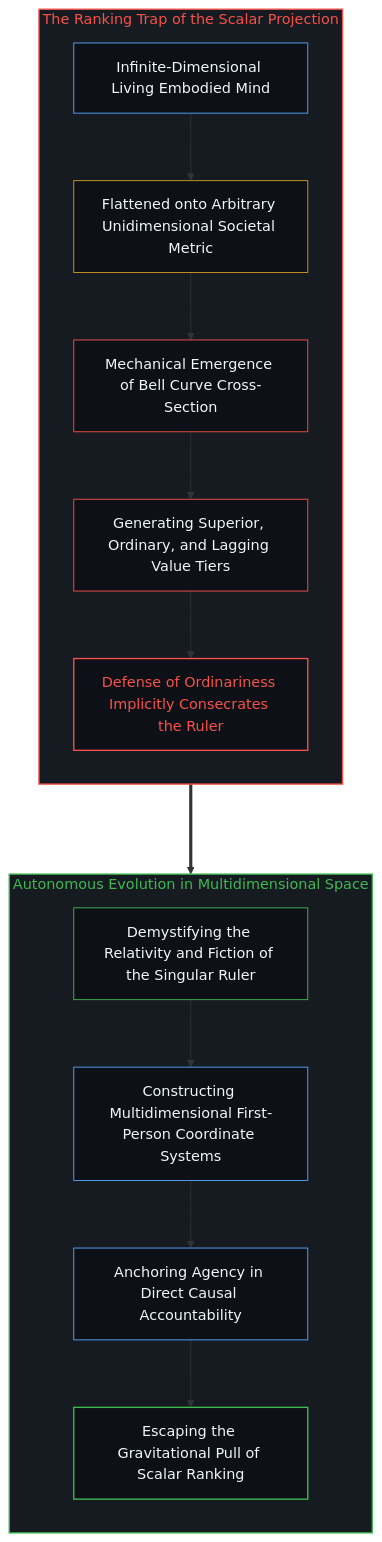
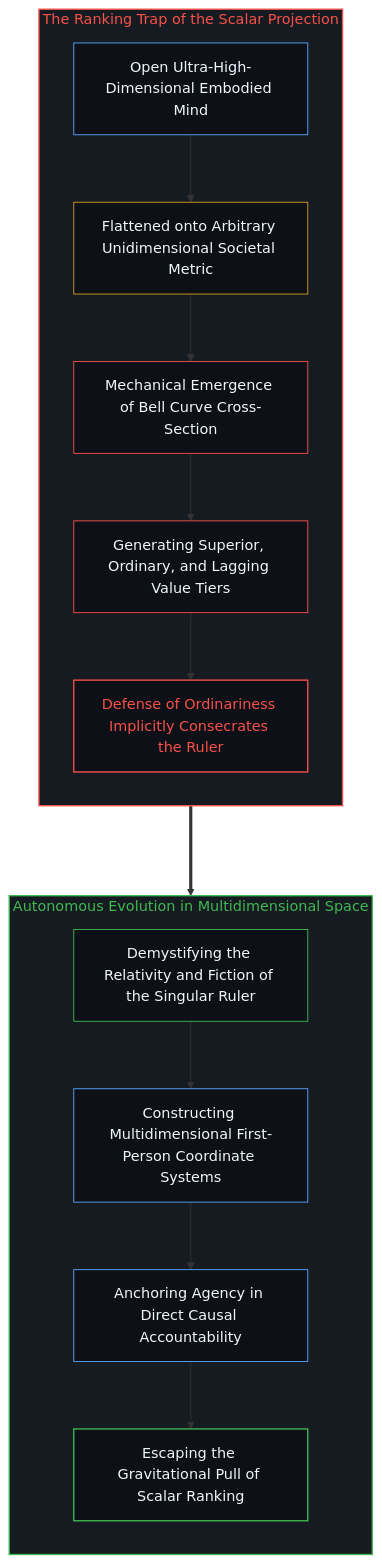
The tenth of 10 diagrams in content/posts/the-explanatory-trap-of-the-ordinary-perspective.md (powerpig99/not-a-toe), drawn with Mermaid before and after one commit. The commit also changed other lines of this file and 4 other files, not shown here.

````diff
--- a/content/posts/the-explanatory-trap-of-the-ordinary-perspective.md
+++ b/content/posts/the-explanatory-trap-of-the-ordinary-perspective.md
@@ -320,28 +320,28 @@
 ```mermaid
 flowchart TD
     subgraph S_ScalarTrap_EN ["The Ranking Trap of the Scalar Projection"]
         direction TB
-        PE_HighDim["Infinite-Dimensional Living Embodied Mind"] --> PE_Project["Flattened onto Arbitrary Unidimensional Societal Metric"]
+        PE_HighDim["Open Ultra-High-Dimensional Embodied Mind"] --> PE_Project["Flattened onto Arbitrary Unidimensional Societal Metric"]
         PE_Project --> PE_Bell["Mechanical Emergence of Bell Curve Cross-Section"]
         PE_Bell --> PE_Rank["Generating Superior, Ordinary, and Lagging Value Tiers"]
         PE_Rank --> PE_Validate["Defense of Ordinariness Implicitly Consecrates the Ruler"]
     end
     subgraph S_MultidimSovereign_EN ["Autonomous Evolution in Multidimensional Space"]
         direction TB
         SE_Deconstruct["Demystifying the Relativity and Fiction of the Singular Ruler"] --> SE_Orthogonal["Constructing Multidimensional First-Person Coordinate Systems"]
         SE_Orthogonal --> SE_Ground["Anchoring Agency in Direct Causal Accountability"]
         SE_Ground --> SE_Aliveness["Escaping the Gravitational Pull of Scalar Ranking"]
     end
     PE_Validate ===> SE_Deconstruct
     style S_ScalarTrap_EN fill:#161b22,stroke:#f85149,stroke-width:1.5px,color:#f85149
     style S_MultidimSovereign_EN fill:#161b22,stroke:#3fb950,stroke-width:1.5px,color:#3fb950
     style PE_HighDim fill:#0d1117,stroke:#58a6ff,stroke-width:1px,color:#f0f6fc
     style PE_Project fill:#0d1117,stroke:#d29922,stroke-width:1px,color:#f0f6fc
     style PE_Bell fill:#0d1117,stroke:#f85149,stroke-width:1px,color:#f0f6fc
     style PE_Rank fill:#0d1117,stroke:#f85149,stroke-width:1px,color:#f0f6fc
     style PE_Validate fill:#0d1117,stroke:#f85149,stroke-width:1.5px,color:#f85149
     style SE_Deconstruct fill:#0d1117,stroke:#3fb950,stroke-width:1px,color:#f0f6fc
     style SE_Orthogonal fill:#0d1117,stroke:#58a6ff,stroke-width:1px,color:#f0f6fc
     style SE_Ground fill:#0d1117,stroke:#58a6ff,stroke-width:1px,color:#f0f6fc
     style SE_Aliveness fill:#0d1117,stroke:#3fb950,stroke-width:1.5px,color:#f0f6fc
 ```
````
